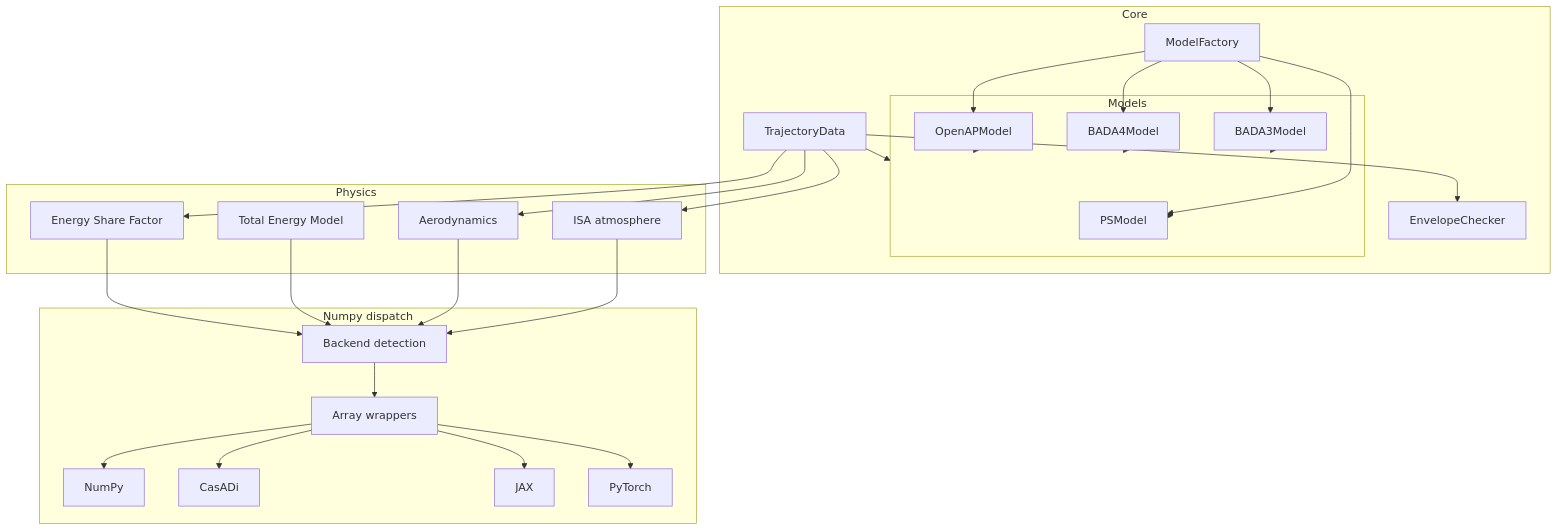
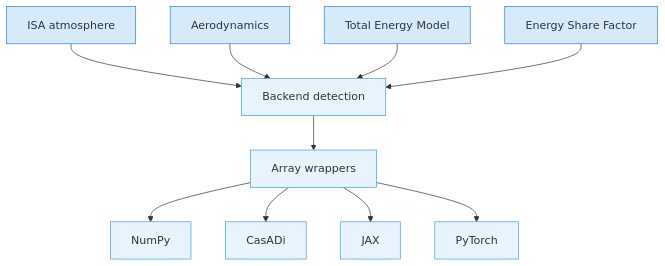
One commit to eurocontrol-asu/openleaf changed the third of 3 diagrams in packages/openleaf-performance/docs/explanation/architecture.md. Above: the diagram before and after it, drawn with Mermaid. The commit also changed other lines of this file and 14 other files, not shown here.

````diff
--- a/packages/openleaf-performance/docs/explanation/architecture.md
+++ b/packages/openleaf-performance/docs/explanation/architecture.md
@@ -8,42 +53,21 @@
 ```mermaid
 graph TD
-    subgraph "Core"
-        Factory["ModelFactory"]
-        Models["AircraftModel ABC"]
-        Trajectory["TrajectoryData"]
-        Envelope["EnvelopeChecker"]
-    end
+    classDef physics fill:#D6EAFA,stroke:#2983CD
+    classDef dispatch fill:#E8F4FD,stroke:#409DDF
 
-    subgraph "Models"
-        BADA3["BADA3Model"]
-        BADA4["BADA4Model"]
-        OpenAP["OpenAPModel"]
-        PS["PSModel"]
-    end
+    ISA["ISA atmosphere"]:::physics
+    Aero["Aerodynamics"]:::physics
+    TEM["Total Energy Model"]:::physics
+    ESF["Energy Share Factor"]:::physics
 
-    subgraph "Physics"
-        ISA["ISA atmosphere"]
-        Aero["Aerodynamics"]
-        TEM["Total Energy Model"]
-        ESF["Energy Share Factor"]
-    end
+    Det["Backend detection"]:::dispatch
+    Wrap["Array wrappers"]:::dispatch
+    NP["NumPy"]:::dispatch
+    CA["CasADi"]:::dispatch
+    JAX["JAX"]:::dispatch
+    PT["PyTorch"]:::dispatch
 
-    subgraph "Numpy dispatch"
-        Dispatch["Backend detection"]
-        Wrappers["Array wrappers"]
-        NP["NumPy"]
-        CA["CasADi"]
-        JAX["JAX"]
-        PT["PyTorch"]
-    end
-
-    Factory --> BADA3 & BADA4 & OpenAP & PS
-    BADA3 & BADA4 & OpenAP & PS --> Models
-    Trajectory --> Models
-    Trajectory --> Envelope
-    Trajectory --> ISA & Aero & ESF
-
-    ISA & Aero & TEM & ESF --> Dispatch
-    Dispatch --> Wrappers
-    Wrappers --> NP & CA & JAX & PT
+    ISA & Aero & TEM & ESF --> Det
+    Det --> Wrap
+    Wrap --> NP & CA & JAX & PT
 ```
````
